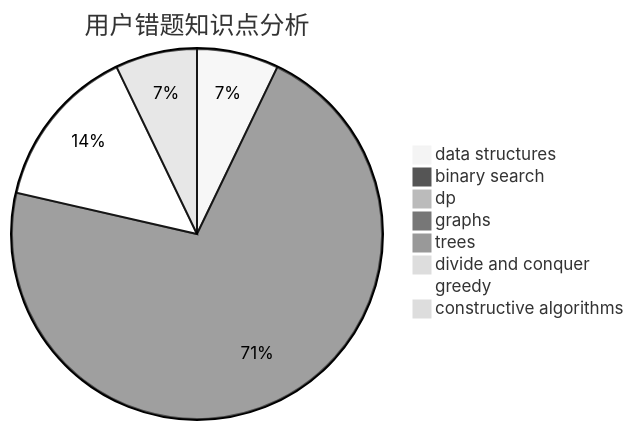
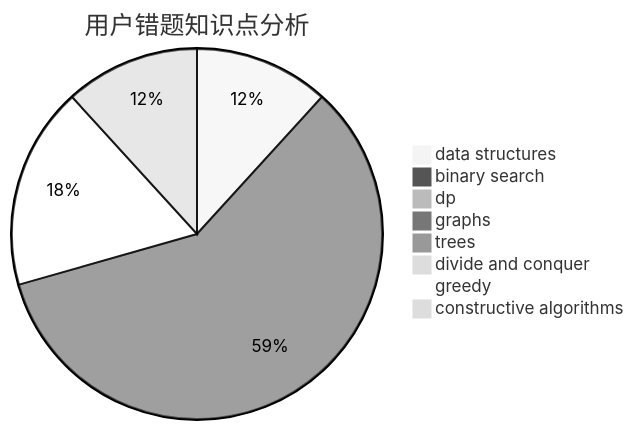
Before and after one commit to sherpahu/cfrs.github.io: the third of 3 diagrams in docs/user/u45.md, drawn with Mermaid (neutral theme). The commit also changed other lines of this file and 2770 other files, not shown here.

````diff
--- a/docs/user/u45.md
+++ b/docs/user/u45.md
@@ -36,11 +36,11 @@
 ```mermaid
 pie title 用户错题知识点分析
-    "data structures" :  1
+    "data structures" :  2
     "binary search" :  0
     "dp" :  0
     "graphs" :  10
     "trees" :  0
     "divide and conquer" :  0
-    "greedy" :  2
-    "constructive algorithms" :  1
+    "greedy" :  3
+    "constructive algorithms" :  2
 ```
````
